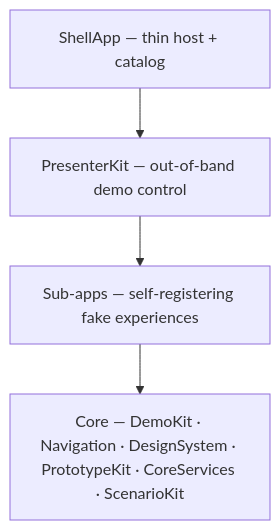
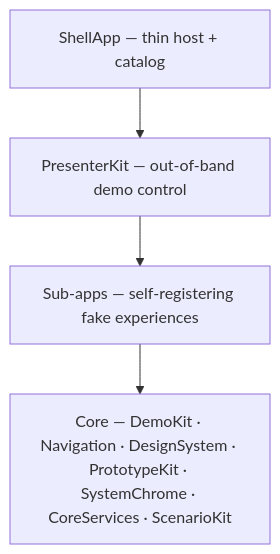
The ninth of 9 diagrams in ARCHITECTURE.md (mrkhcknr/Claude), drawn with Mermaid before and after one commit. The commit also changed other lines of this file and 3 other files, not shown here.

````diff
--- a/ARCHITECTURE.md
+++ b/ARCHITECTURE.md
@@ -336,8 +381,8 @@
 ```mermaid
 graph TD
     L1["ShellApp — thin host + catalog"]
     L2["PresenterKit — out-of-band demo control"]
     L3["Sub-apps — self-registering fake experiences"]
-    L4["Core — DemoKit · Navigation · DesignSystem · PrototypeKit · CoreServices · ScenarioKit"]
+    L4["Core — DemoKit · Navigation · DesignSystem · PrototypeKit · SystemChrome · CoreServices · ScenarioKit"]
     L1 --> L2 --> L3 --> L4
 ```
````
